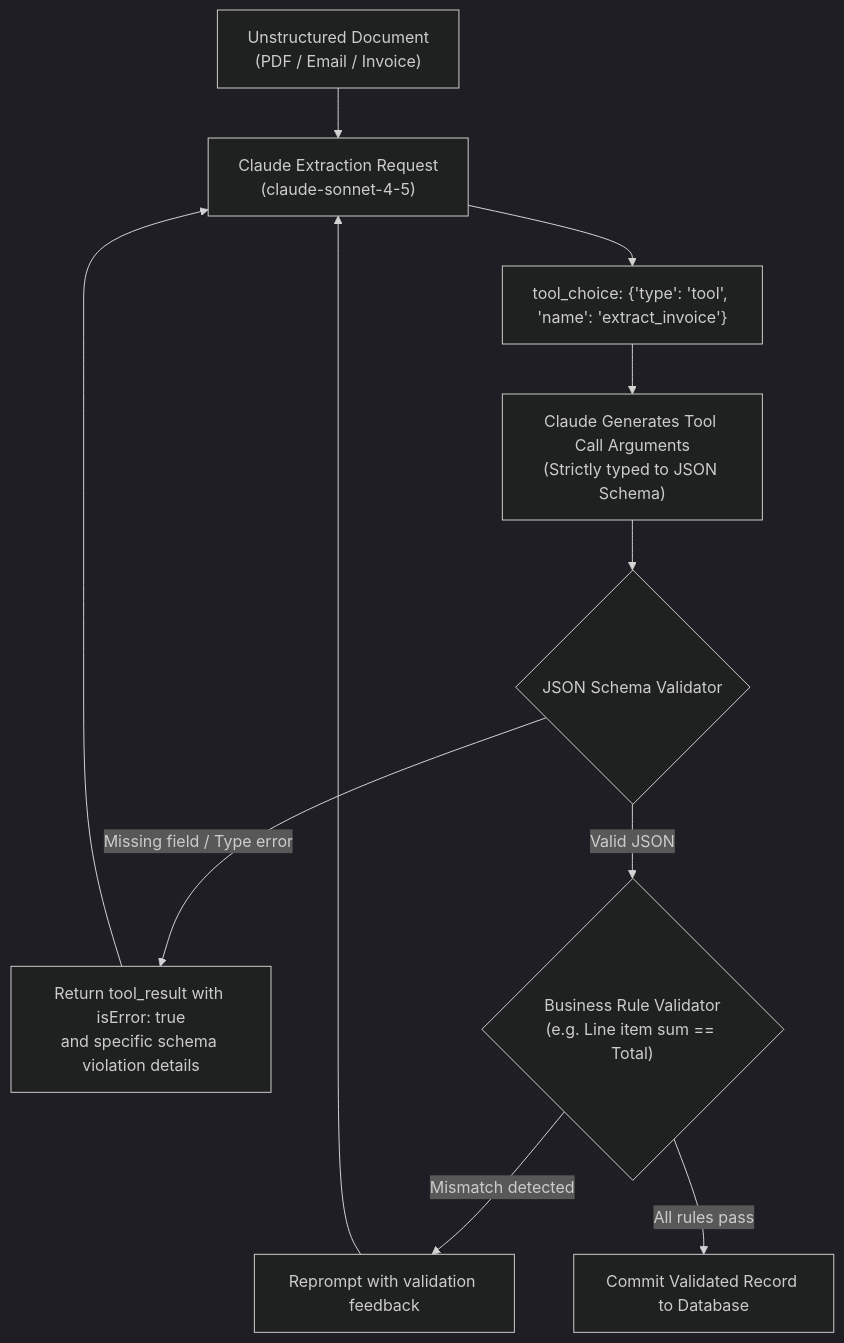
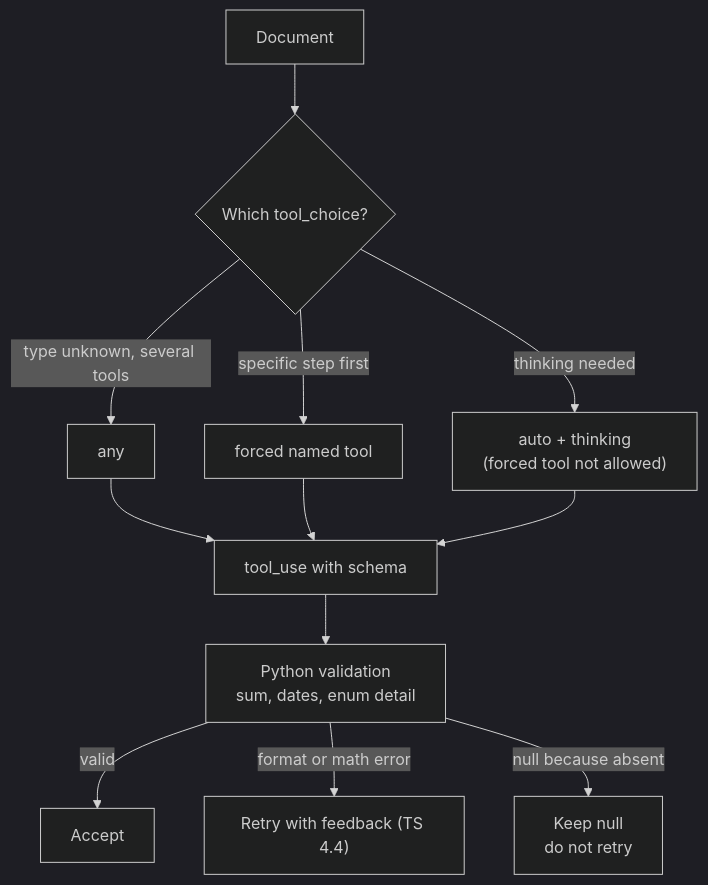
The diagram in domain4/ts_4_3_structured_output_tool_use/README.md (dip4k/claude_cert_architect_foundation_prep), drawn with Mermaid (dark theme) before and after one commit. The commit also changed other lines of this file and 133 other files, not shown here.

````diff
--- a/domain4/ts_4_3_structured_output_tool_use/README.md
+++ b/domain4/ts_4_3_structured_output_tool_use/README.md
@@ -82,20 +114,14 @@
 ```mermaid
 flowchart TD
-    DocInput["Unstructured Document<br>(PDF / Email / Invoice)"] --> ClaudeTurn["Claude Extraction Request<br>(claude-sonnet-4-5)"]
-    
-    ClaudeTurn --> ConfigChoice["tool_choice: {'type': 'tool', 'name': 'extract_invoice'}"]
-    
-    ConfigChoice --> ForceTool["Claude Generates Tool Call Arguments<br>(Strictly typed to JSON Schema)"]
-    
-    ForceTool --> SchemaCheck{"JSON Schema Validator"}
-    
-    SchemaCheck -->|"Missing field / Type error"| ReturnError["Return tool_result with isError: true<br>and specific schema violation details"]
-    ReturnError --> ClaudeTurn
-    
-    SchemaCheck -->|"Valid JSON"| BusinessCheck{"Business Rule Validator<br>(e.g. Line item sum == Total)"}
-    
-    BusinessCheck -->|"Mismatch detected"| Reprompt["Reprompt with validation feedback"]
-    Reprompt --> ClaudeTurn
-    
-    BusinessCheck -->|"All rules pass"| DatabaseCommit["Commit Validated Record to Database"]
+    Doc["Document"] --> Choice{"Which tool_choice?"}
+    Choice -->|"type unknown, several tools"| Any["any"]
+    Choice -->|"specific step first"| Forced["forced named tool"]
+    Choice -->|"thinking needed"| Auto["auto + thinking<br>(forced tool not allowed)"]
+    Any --> Call["tool_use with schema"]
+    Forced --> Call
+    Auto --> Call
+    Call --> Check["Python validation<br>sum, dates, enum detail"]
+    Check -->|"valid"| Done["Accept"]
+    Check -->|"format or math error"| Retry["Retry with feedback (TS 4.4)"]
+    Check -->|"null because absent"| Accept["Keep null<br>do not retry"]
 ```
````
